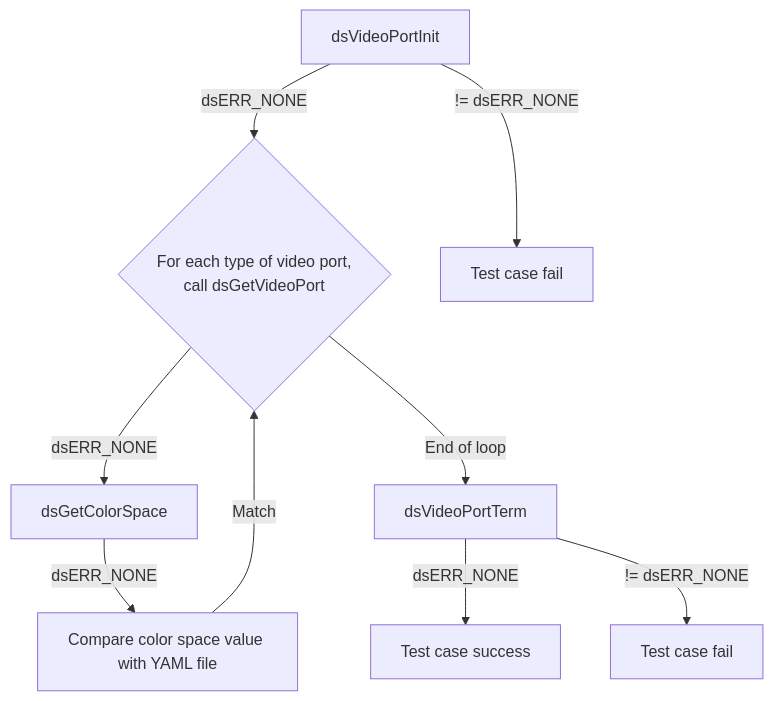
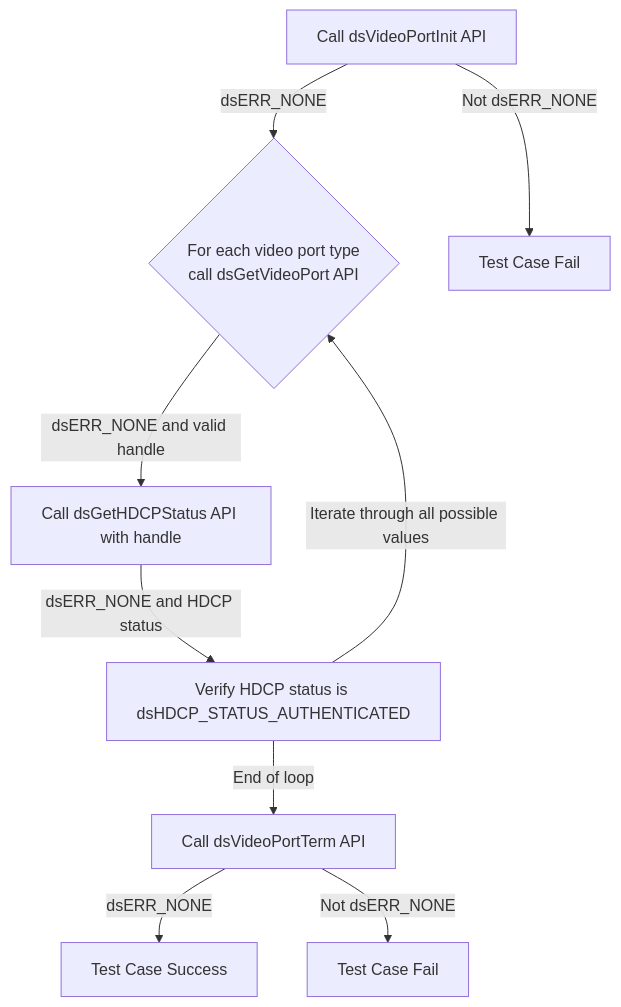
Before and after one commit to rdkcentral/rdk-halif-test-device_settings: diagram 14 of 30 in docs/pages/dsVideoPort_L2_Low-Level_TestSpecification.md, drawn with Mermaid. The commit also changed other lines of this file and 5 other files, not shown here.

````diff
--- a/docs/pages/dsVideoPort_L2_Low-Level_TestSpecification.md
+++ b/docs/pages/dsVideoPort_L2_Low-Level_TestSpecification.md
@@ -558,11 +643,11 @@
 ```mermaid
 graph TB
-    A[dsVideoPortInit] -->|dsERR_NONE| B{For each type of video port, <br> call dsGetVideoPort }
-    B -->|dsERR_NONE| C[dsGetColorSpace]
-    C -->|dsERR_NONE| D[Compare color space value with YAML file]
-    D -->|Match| B
-    B -->|End of loop| E[dsVideoPortTerm]
-    E -->|dsERR_NONE| F[Test case success]
-    A -->|!= dsERR_NONE| A1[Test case fail]
-    E -->|!= dsERR_NONE| E1[Test case fail]
+    A[Call dsVideoPortInit API] --> |dsERR_NONE| B{For each video port type <br>call dsGetVideoPort API}
+    A -->|Not dsERR_NONE| A1[Test Case Fail]
+    B -->|dsERR_NONE and valid handle| C[Call dsGetHDCPStatus API with handle]
+    C -->|dsERR_NONE and HDCP status| D[Verify HDCP status is dsHDCP_STATUS_AUTHENTICATED]
+    D --> |Iterate through all possible values| B
+    D -->|End of loop|E[Call dsVideoPortTerm API]
+    E -->|dsERR_NONE| F[Test Case Success]
+    E -->|Not dsERR_NONE| E1[Test Case Fail]
 ```
````
